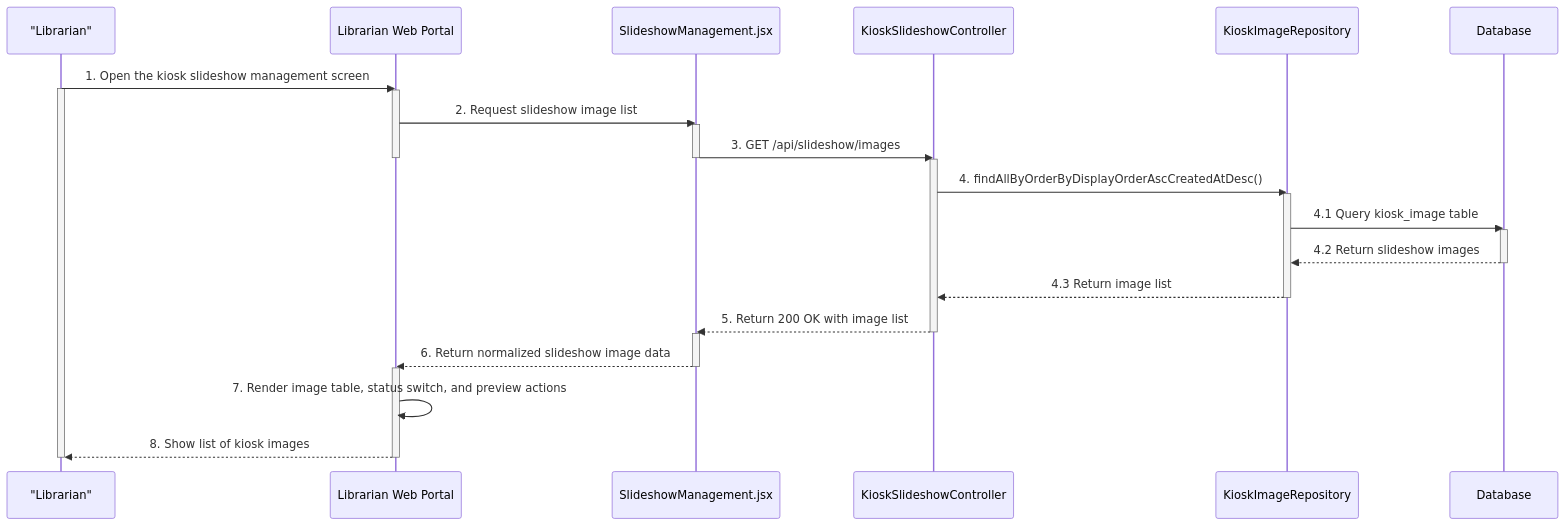
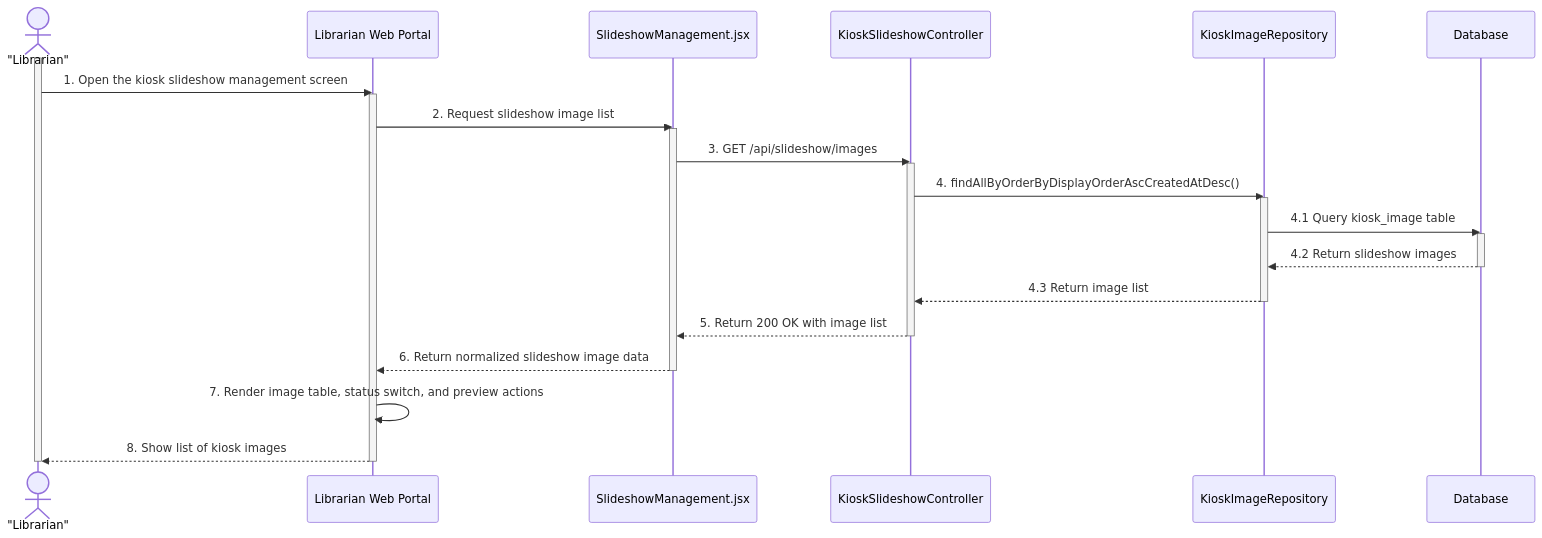
One commit to huuhuydng/SLIB changed the diagram in doc/Report/Report4_Software Design Document/10_News & Announcement Module/Sequence Diagrams/FE-117_View_List_of_Kiosk_Images.md. Above: the diagram before and after it, drawn with Mermaid. The commit also changed 3 other files, not shown here.

````diff
--- a/doc/Report/Report4_Software Design Document/10_News & Announcement Module/Sequence Diagrams/FE-117_View_List_of_Kiosk_Images.md
+++ b/doc/Report/Report4_Software Design Document/10_News & Announcement Module/Sequence Diagrams/FE-117_View_List_of_Kiosk_Images.md
@@ -3,42 +3,45 @@
 ```mermaid
 sequenceDiagram
-    participant Users as "Librarian"
+    actor Users as "Librarian"
     participant Client as Librarian Web Portal
     participant SlidePage as SlideshowManagement.jsx
     participant SlideController as KioskSlideshowController
     participant ImageRepo as KioskImageRepository
     participant DB as Database
 
+    activate Users
     Users->>Client: 1. Open the kiosk slideshow management screen
-    activate Users
     activate Client
+    
     Client->>SlidePage: 2. Request slideshow image list
     activate SlidePage
-
+    
+    # Giai đoạn: Gọi API lấy danh sách ảnh
     SlidePage->>SlideController: 3. GET /api/slideshow/images
-    deactivate SlidePage
-    deactivate Client
     activate SlideController
-
+    
+    # Bước 4: Truy vấn Repo với logic sắp xếp phức hợp
     SlideController->>ImageRepo: 4. findAllByOrderByDisplayOrderAscCreatedAtDesc()
     activate ImageRepo
     ImageRepo->>DB: 4.1 Query kiosk_image table
     activate DB
     DB-->>ImageRepo: 4.2 Return slideshow images
     deactivate DB
     ImageRepo-->>SlideController: 4.3 Return image list
     deactivate ImageRepo
-
+    
+    # Trả dữ liệu về UI
     SlideController-->>SlidePage: 5. Return 200 OK with image list
     deactivate SlideController
-    activate SlidePage
+    
     SlidePage-->>Client: 6. Return normalized slideshow image data
     deactivate SlidePage
-    activate Client
-
+    
+    # Giai đoạn: Render giao diện tại Client
     Client->>Client: 7. Render image table, status switch, and preview actions
+    
     Client-->>Users: 8. Show list of kiosk images
-
+    
     deactivate Client
     deactivate Users
 ```
````
